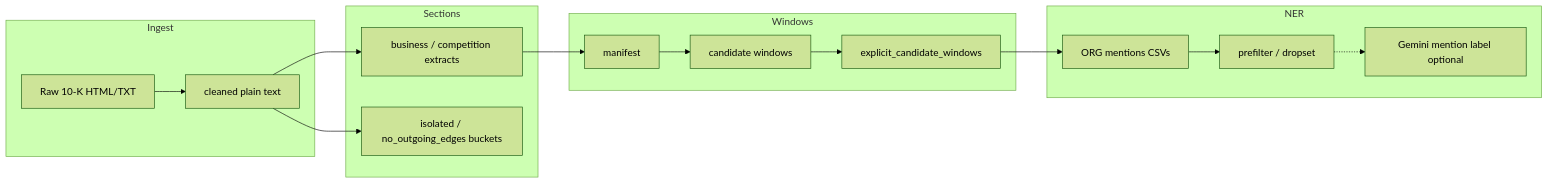
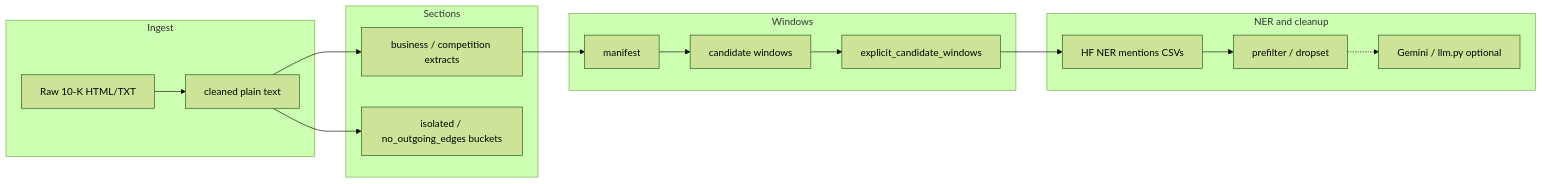
The first of 2 diagrams in README.md (JuneKim0712/research), drawn with Mermaid (forest theme) before and after one commit. The commit also changed other lines of this file, not shown here.

````diff
--- a/README.md
+++ b/README.md
@@ -114,25 +115,25 @@
 ```mermaid
 flowchart LR
   subgraph ingest [Ingest]
     Raw[Raw 10-K HTML/TXT]
     Clean[cleaned plain text]
   end
   subgraph sections [Sections]
     Biz[business / competition extracts]
     Iso[isolated / no_outgoing_edges buckets]
   end
   subgraph windows [Windows]
     Man[manifest]
     ABCD[candidate windows]
     Exp[explicit_candidate_windows]
   end
-  subgraph ner [NER]
-    ORG[ORG mentions CSVs]
+  subgraph ner [NER and cleanup]
+    ORG[HF NER mentions CSVs]
     Flt[prefilter / dropset]
-    LLM[Gemini mention label optional]
+    LLM[Gemini / llm.py optional]
   end
   Raw --> Clean --> Biz
   Clean --> Iso
   Biz --> Man --> ABCD --> Exp --> ORG --> Flt
   Flt -.-> LLM
 ```
````
